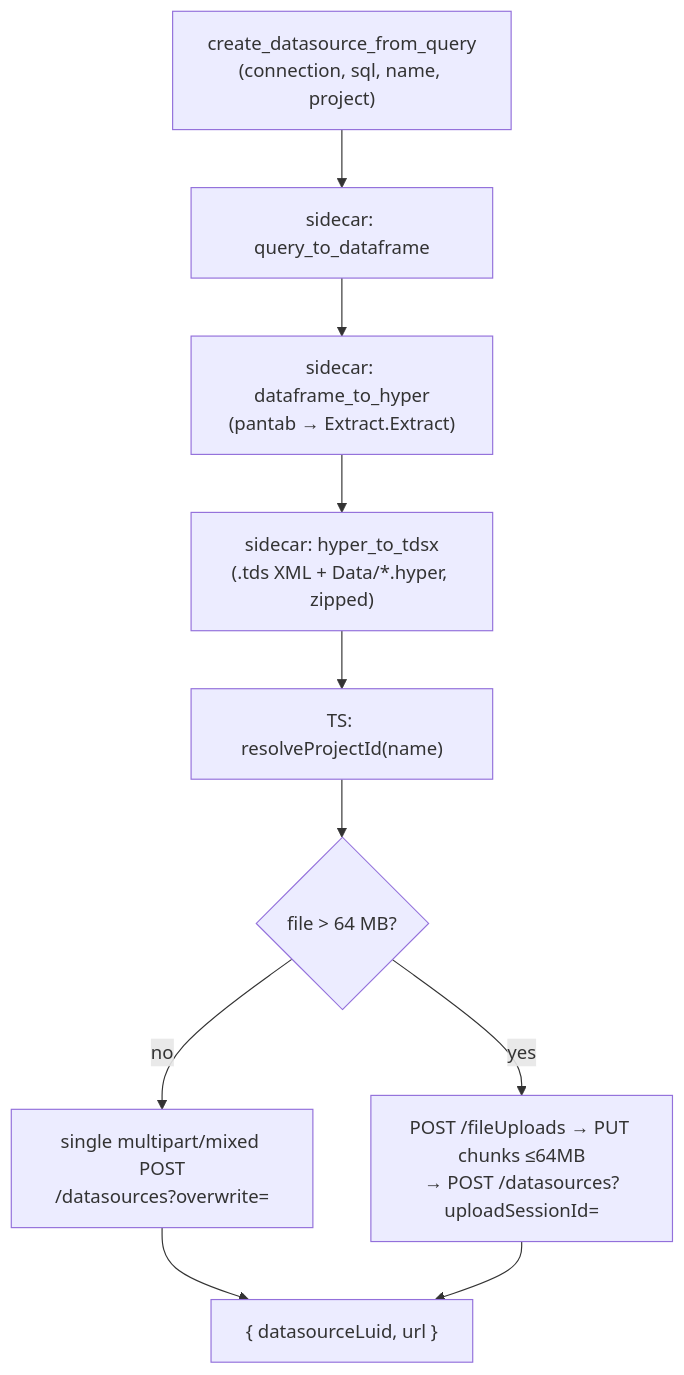
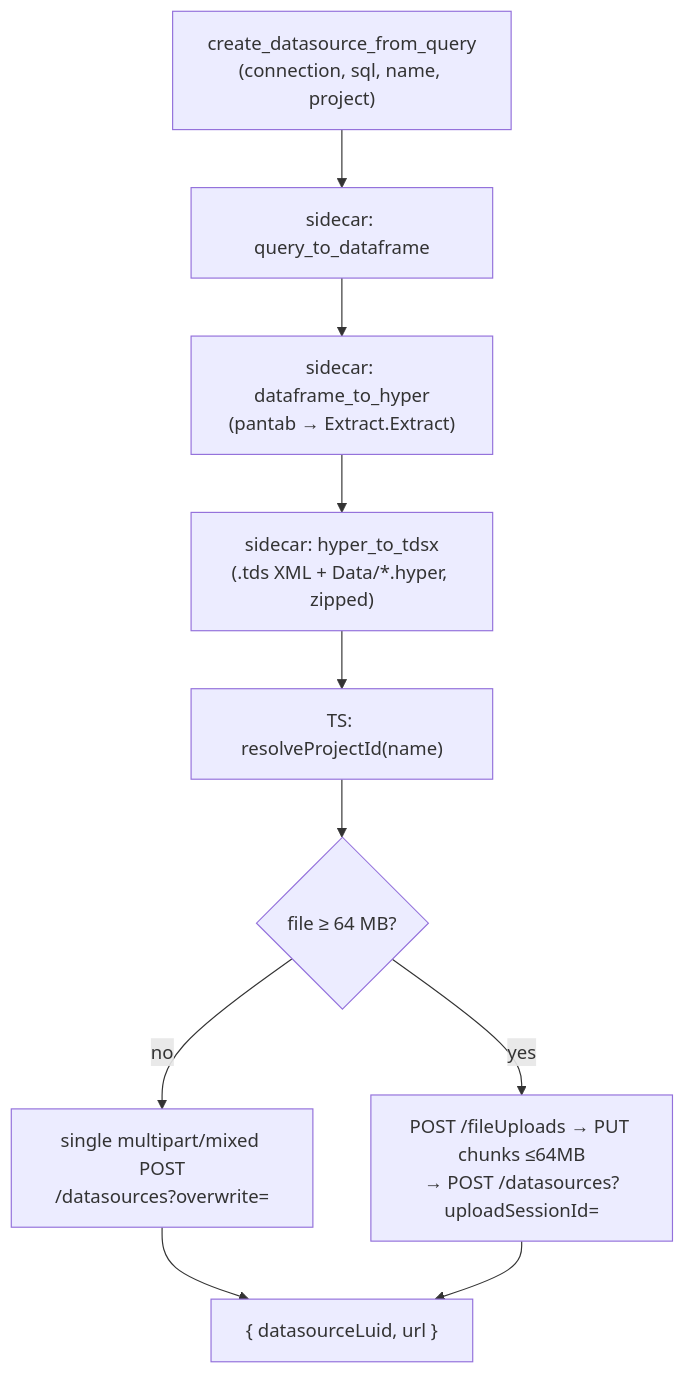
Before and after one commit to SebAustin/tableau-mcp-publish: the diagram in docs/publish_lifecycle.md, drawn with Mermaid. The commit also changed other lines of this file and 24 other files, not shown here.

````diff
--- a/docs/publish_lifecycle.md
+++ b/docs/publish_lifecycle.md
@@ -7,12 +7,12 @@
 ```mermaid
 flowchart TD
     A["create_datasource_from_query<br/>(connection, sql, name, project)"] --> B["sidecar: query_to_dataframe"]
     B --> C["sidecar: dataframe_to_hyper<br/>(pantab → Extract.Extract)"]
     C --> D["sidecar: hyper_to_tdsx<br/>(.tds XML + Data/*.hyper, zipped)"]
     D --> E["TS: resolveProjectId(name)"]
-    E --> F{"file > 64 MB?"}
+    E --> F{"file ≥ 64 MB?"}
     F -->|no| G["single multipart/mixed POST<br/>/datasources?overwrite="]
     F -->|yes| H["POST /fileUploads → PUT chunks ≤64MB<br/>→ POST /datasources?uploadSessionId="]
     G --> I["{ datasourceLuid, url }"]
     H --> I
 ```
````
